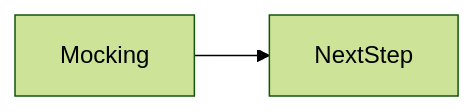
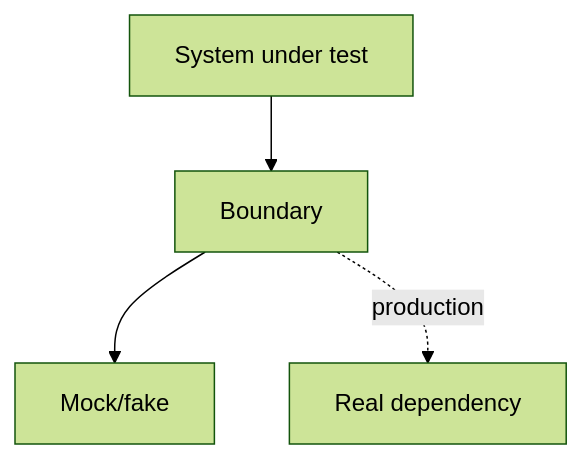
One commit to OmidJavaherii/Frontend-Engineering-Handbook changed the second of 2 diagrams in docs/en/16-testing/mocking/index.md. Above: the diagram before and after it, drawn with Mermaid (forest theme). The commit also changed other lines of this file and 461 other files, not shown here.

````diff
--- a/docs/en/16-testing/mocking/index.md
+++ b/docs/en/16-testing/mocking/index.md
@@ -94,4 +109,6 @@
 ```mermaid
-flowchart LR
-  concept[Mocking] --> nextStep[NextStep]
+flowchart TD
+  SUT[System under test] --> Boundary
+  Boundary --> Mock[Mock/fake]
+  Boundary -. production .-> Real[Real dependency]
 ```
````
